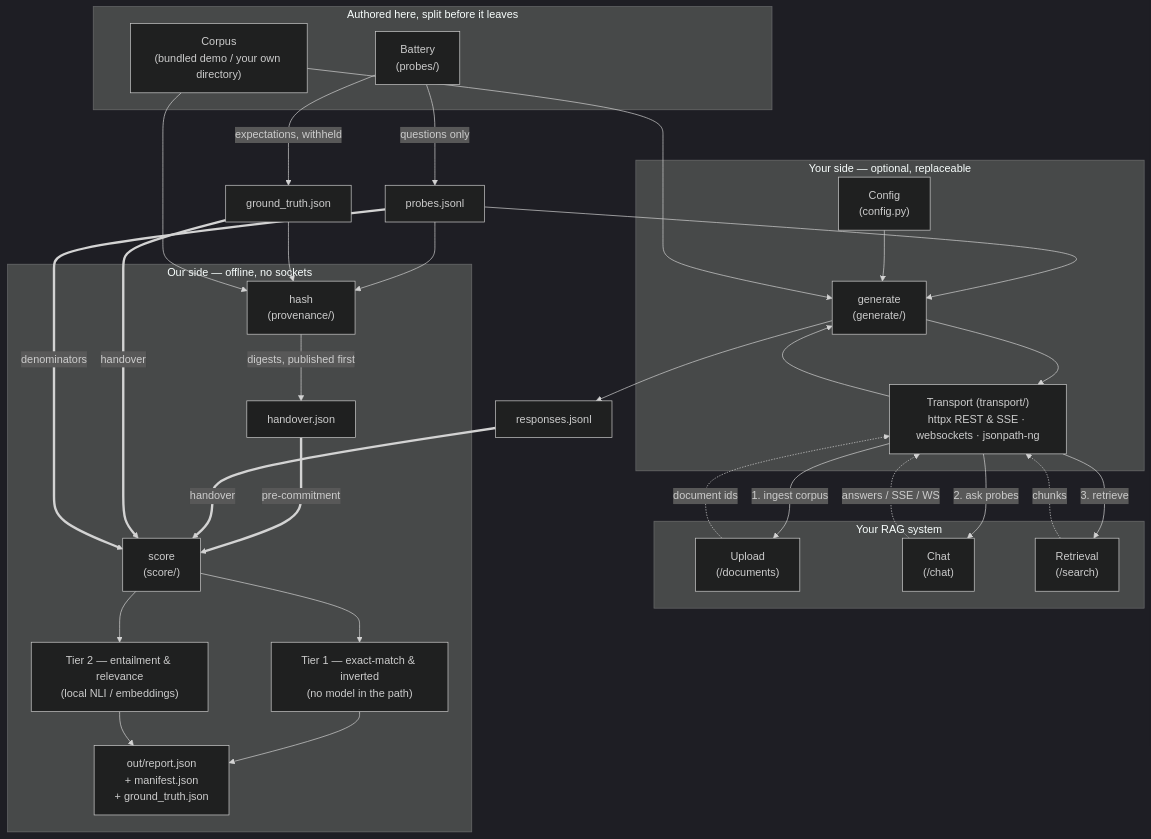
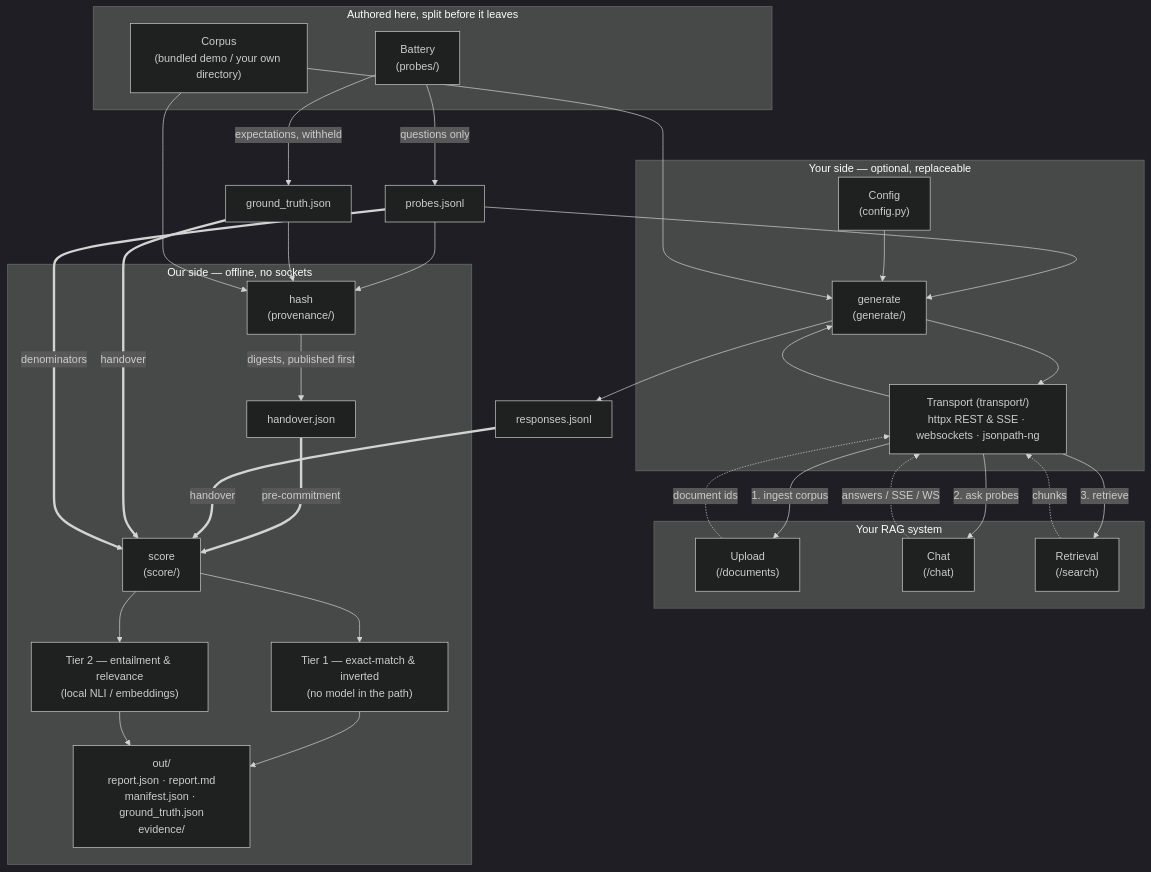
One commit to azterizm/legal-rag-audit changed the diagram in README.md. Above: the diagram before and after it, drawn with Mermaid (dark theme). The commit also changed other lines of this file and 14 other files, not shown here.

First line of the commit message:
feat: the report — report.v2, attestation, evidence bundle, Tier 2 distributions

````diff
--- a/README.md
+++ b/README.md
@@ -159,52 +164,52 @@
 ```mermaid
 flowchart TD
     subgraph Authoring ["Authored here, split before it leaves"]
         BATTERY["Battery<br/>(probes/)"]
         CORPUS["Corpus<br/>(bundled demo / your own directory)"]
     end
     subgraph Theirs ["Your side — optional, replaceable"]
         CFG["Config<br/>(config.py)"]
         GEN["generate<br/>(generate/)"]
         TRANSPORT["Transport (transport/)<br/>httpx REST & SSE · websockets · jsonpath-ng"]
     end
     subgraph Target ["Your RAG system"]
         UPLOAD_EP["Upload<br/>(/documents)"]
         CHAT_EP["Chat<br/>(/chat)"]
         RET_EP["Retrieval<br/>(/search)"]
     end
     subgraph Ours ["Our side — offline, no sockets"]
         HASH["hash<br/>(provenance/)"]
         HANDOVER["handover.json"]
         SCORE["score<br/>(score/)"]
         E_EXACT["Tier 1 — exact-match & inverted<br/>(no model in the path)"]
         E_NLI["Tier 2 — entailment & relevance<br/>(local NLI / embeddings)"]
-        REP_JSON["out/report.json<br/>+ manifest.json<br/>+ ground_truth.json"]
+        REP_JSON["out/<br/>report.json · report.md<br/>manifest.json · ground_truth.json<br/>evidence/"]
     end
 
     BATTERY -->|questions only| PROBES["probes.jsonl"]
     BATTERY -->|expectations, withheld| GT["ground_truth.json"]
     PROBES --> HASH
     GT --> HASH
     CORPUS --> HASH
     HASH -->|digests, published first| HANDOVER
     HANDOVER ==>|pre-commitment| SCORE
     PROBES --> GEN
     CFG --> GEN
     CORPUS --> GEN
     GEN --> TRANSPORT
     TRANSPORT -->|1. ingest corpus| UPLOAD_EP
     TRANSPORT -->|2. ask probes| CHAT_EP
     TRANSPORT -->|3. retrieve| RET_EP
     UPLOAD_EP -.->|document ids| TRANSPORT
     CHAT_EP -.->|answers / SSE / WS| TRANSPORT
     RET_EP -.->|chunks| TRANSPORT
     TRANSPORT --> GEN
     GEN --> RESP["responses.jsonl"]
     RESP ==>|handover| SCORE
     GT ==>|handover| SCORE
     PROBES ==>|denominators| SCORE
     SCORE --> E_EXACT
     SCORE --> E_NLI
     E_EXACT --> REP_JSON
     E_NLI --> REP_JSON
 ```
````
